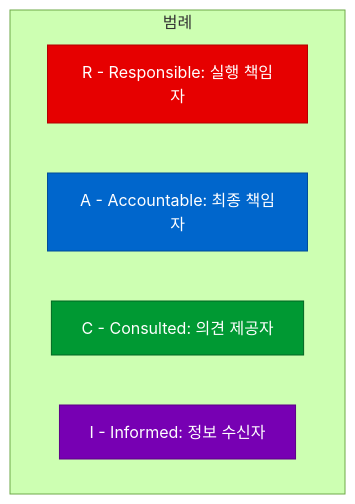
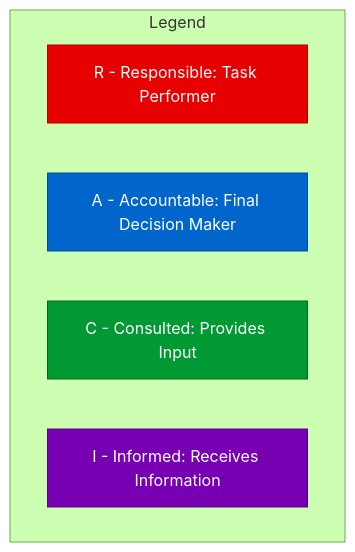
One commit to bbalganjjm/prompt-driven-development changed the third of 4 diagrams in 3.prompt-driven-development-methodology-process.md. Above: the diagram before and after it, drawn with Mermaid (forest theme). The commit also changed other lines of this file and 4 other files, not shown here.

````diff
--- a/3.prompt-driven-development-methodology-process.md
+++ b/3.prompt-driven-development-methodology-process.md
@@ -387,15 +397,14 @@
 ```mermaid
 graph TB
-    subgraph 범례
-    R[R - Responsible: 실행 책임자]
-    A[A - Accountable: 최종 책임자]
-    C[C - Consulted: 의견 제공자]
-    I[I - Informed: 정보 수신자]
+    subgraph Legend
+    R[R - Responsible: Task Performer]
+    A[A - Accountable: Final Decision Maker]
+    C[C - Consulted: Provides Input]
+    I[I - Informed: Receives Information]
     end
-    
-    %% 범례 스타일
+
     style R fill:#e60000,color:#ffffff,stroke:#b30000,stroke-width:1px
     style A fill:#0066cc,color:#ffffff,stroke:#004d99,stroke-width:1px
     style C fill:#009933,color:#ffffff,stroke:#006622,stroke-width:1px
     style I fill:#7700b3,color:#ffffff,stroke:#5c0088,stroke-width:1px
 ```
````
